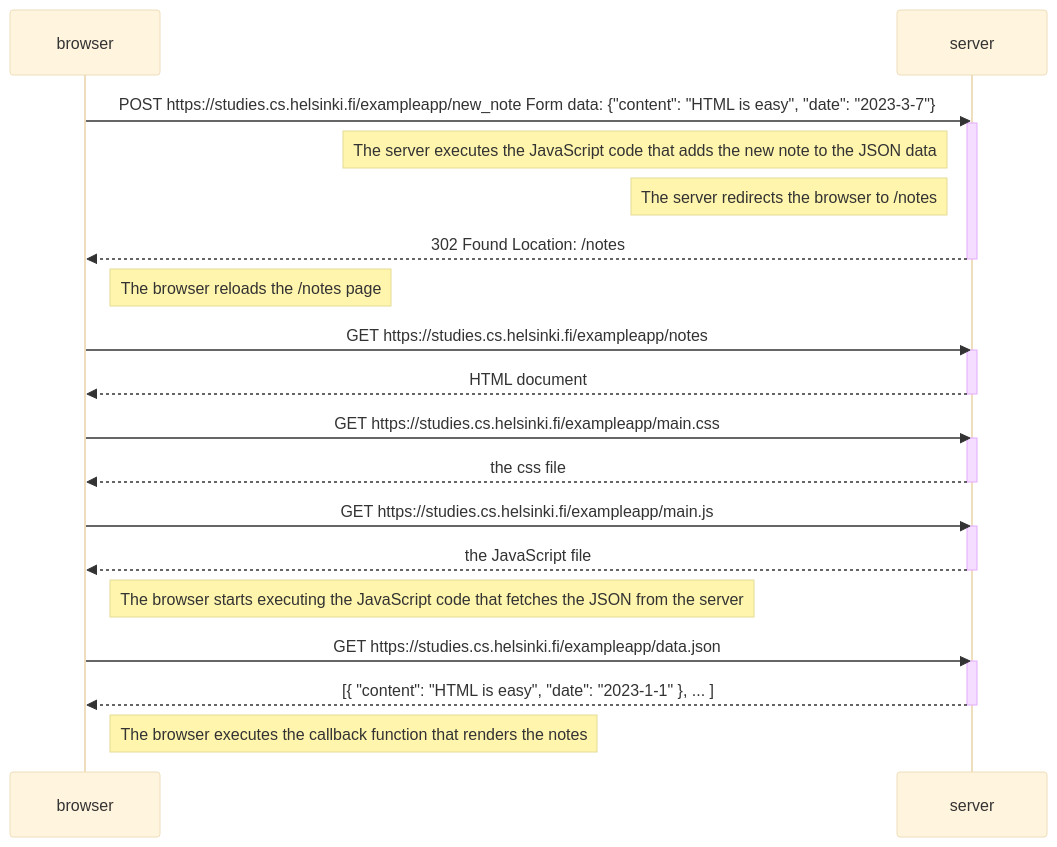
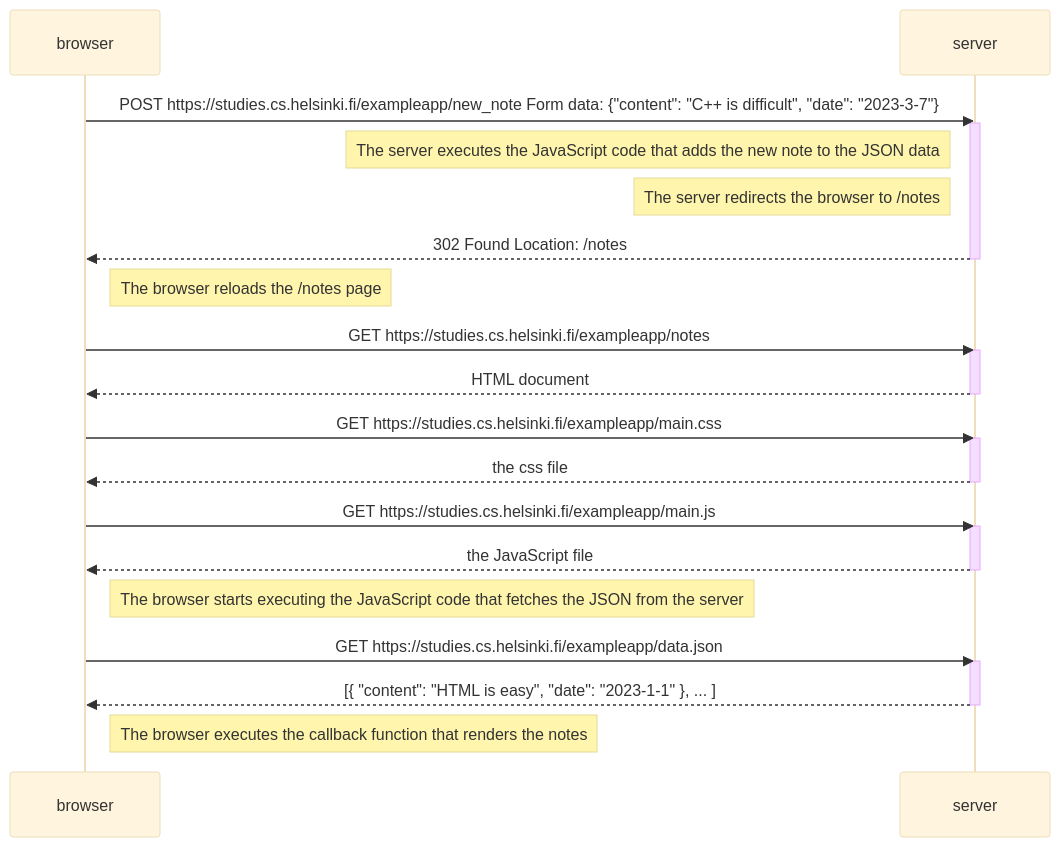
One commit to Jatynjala/Fullstackosa0 changed the diagram in fullstack-0-4.md. Above: the diagram before and after it, drawn with Mermaid (base theme).

````diff
--- a/fullstack-0-4.md
+++ b/fullstack-0-4.md
@@ -1,41 +1,41 @@
 ```mermaid
 sequenceDiagram
   participant browser
   participant server
 
-  browser->>server: POST https://studies.cs.helsinki.fi/exampleapp/new_note  Form data: {"content": "HTML is easy", "date": "2023-3-7"}
+  browser->>server: POST https://studies.cs.helsinki.fi/exampleapp/new_note  Form data: {"content": "C++ is difficult", "date": "2023-3-7"}
   activate server
 
   Note left of server: The server executes the JavaScript code that adds the new note to the JSON data
 
   Note left of server: The server redirects the browser to /notes
 
   server-->>browser: 302 Found  Location: /notes
   deactivate server
 
   Note right of browser: The browser reloads the /notes page
 
   browser->>server: GET https://studies.cs.helsinki.fi/exampleapp/notes
   activate server
   server-->>browser: HTML document
   deactivate server
     
   browser->>server: GET https://studies.cs.helsinki.fi/exampleapp/main.css
   activate server
   server-->>browser: the css file
   deactivate server
     
   browser->>server: GET https://studies.cs.helsinki.fi/exampleapp/main.js
   activate server
   server-->>browser: the JavaScript file
   deactivate server
     
   Note right of browser: The browser starts executing the JavaScript code that fetches the JSON from the server
     
   browser->>server: GET https://studies.cs.helsinki.fi/exampleapp/data.json
   activate server
   server-->>browser: [{ "content": "HTML is easy", "date": "2023-1-1" }, ... ]
   deactivate server    
 
   Note right of browser: The browser executes the callback function that renders the notes 
 ```
````
